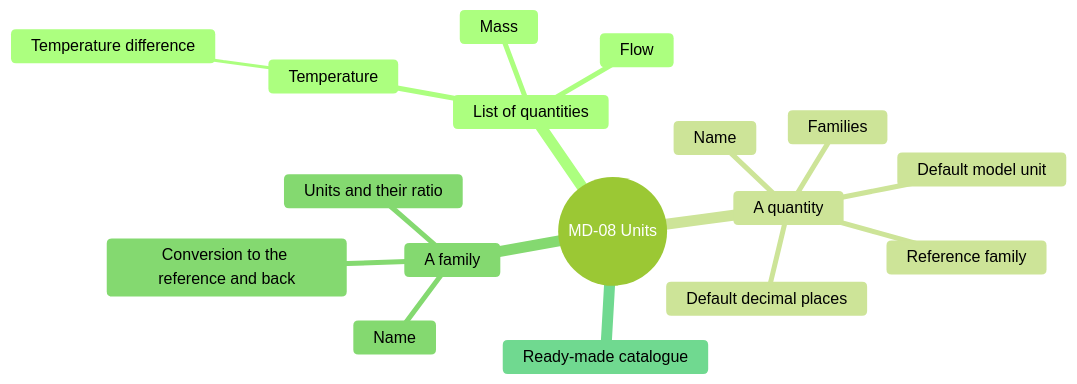
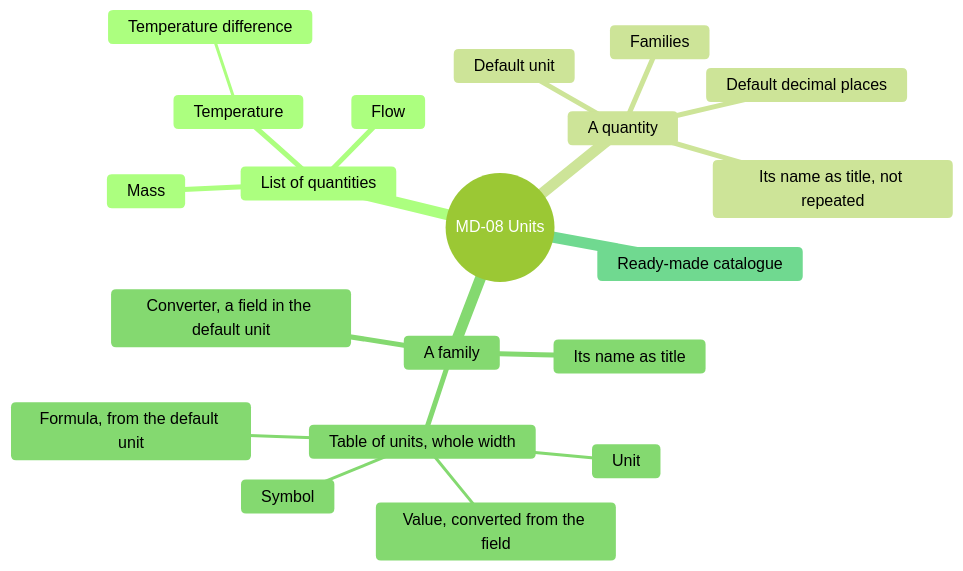
Before and after one commit to AlexandreGallais/synoptic-studio-spec: diagram 14 of 16 in screens/metadata.md, drawn with Mermaid (forest theme). The commit also changed other lines of this file and 7 other files, not shown here.

````diff
--- a/screens/metadata.md
+++ b/screens/metadata.md
@@ -411,20 +444,23 @@
 ```mermaid
 mindmap
   root((MD-08 Units))
     List of quantities
       Temperature
         Temperature difference
       Mass
       Flow
     A quantity
-      Name
-      Default model unit
+      Its name as title, not repeated
+      Default unit
       Default decimal places
-      Reference family
       Families
     A family
-      Name
-      Units and their ratio
-      Conversion to the reference and back
+      Its name as title
+      Converter, a field in the default unit
+      Table of units, whole width
+        Unit
+        Symbol
+        Value, converted from the field
+        Formula, from the default unit
     Ready-made catalogue
 ```
````
